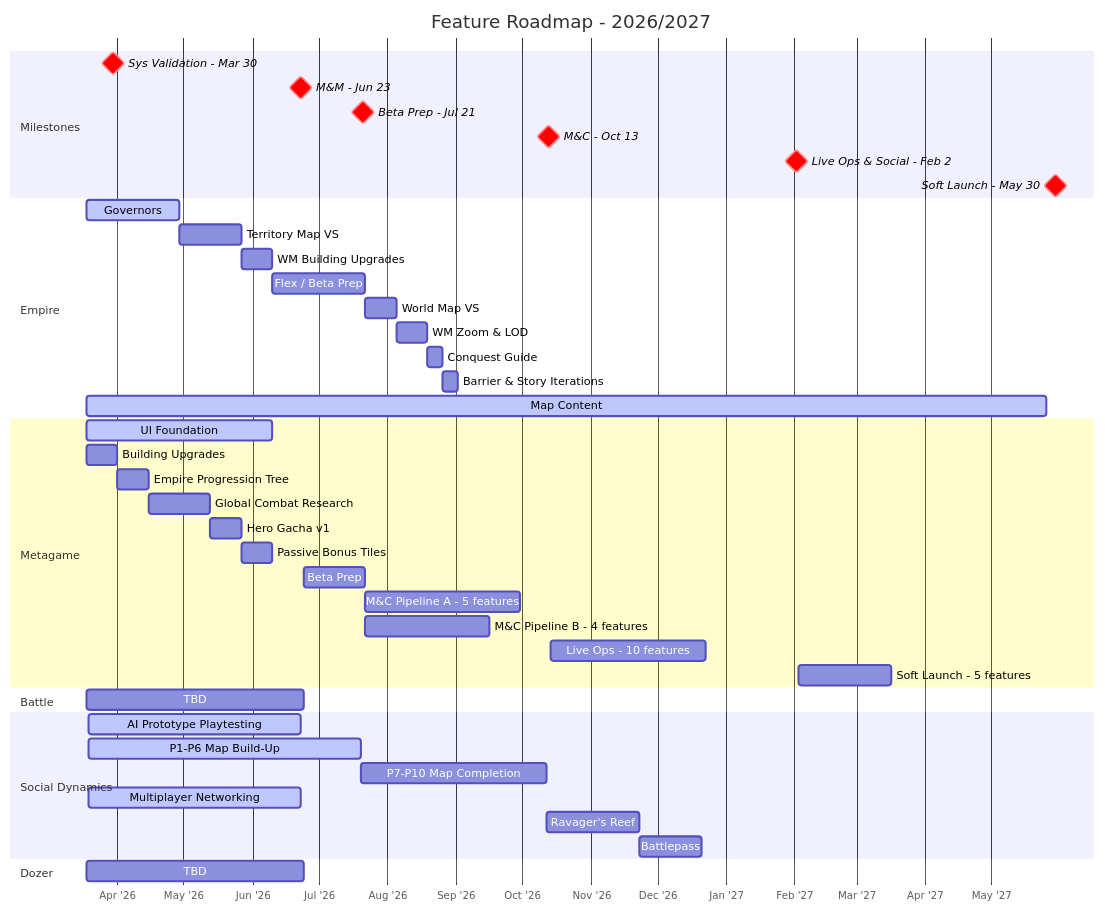
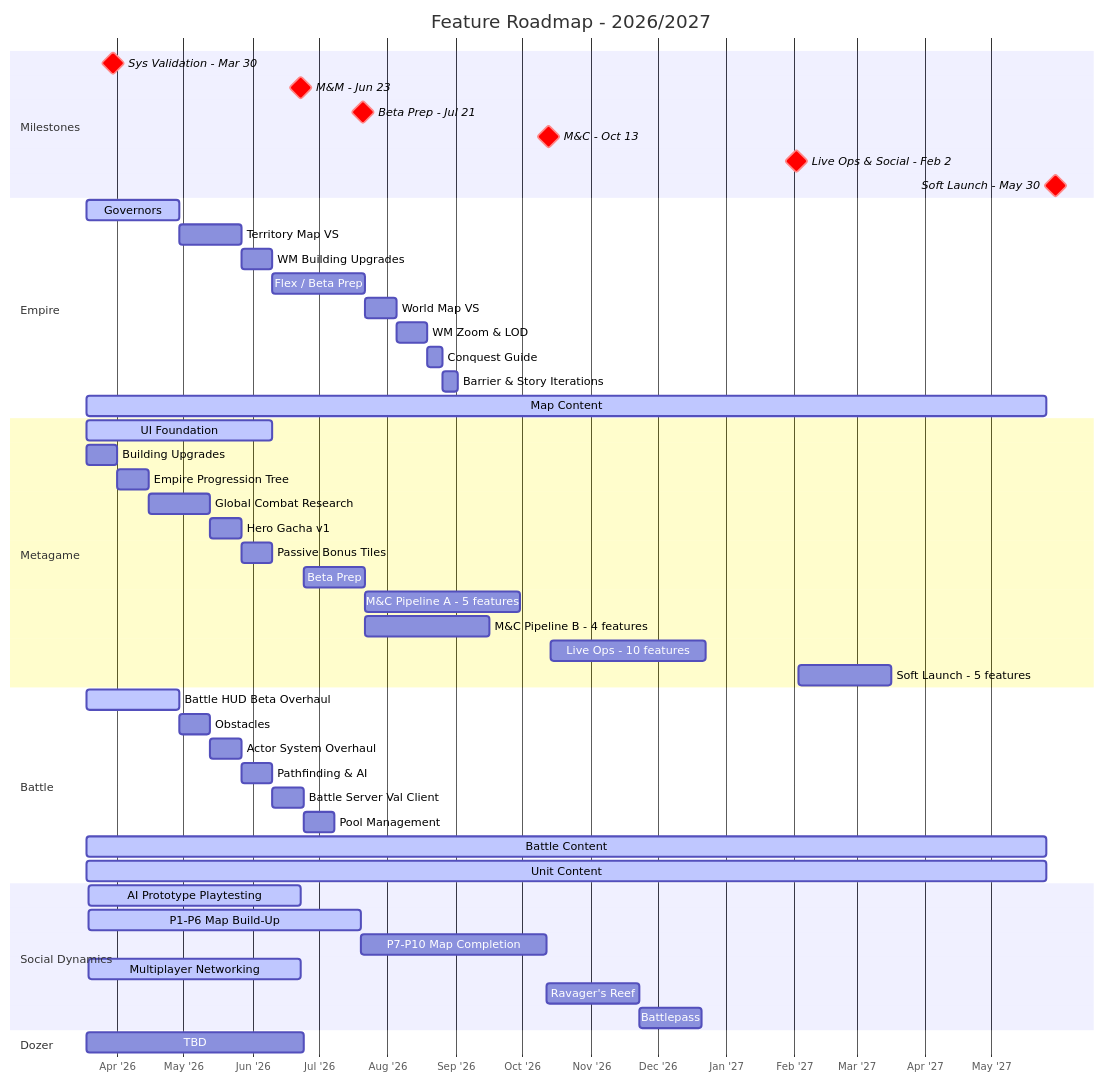
The diagram in generated/roadmap.md (timwilliams-prod/proj-chimera-documentation-brain), drawn with Mermaid before and after one commit. The commit also changed other lines of this file and 3 other files, not shown here.

````diff
--- a/generated/roadmap.md
+++ b/generated/roadmap.md
@@ -16,53 +16,60 @@
 ```mermaid
 gantt
     title Feature Roadmap - 2026/2027
     dateFormat YYYY-MM-DD
     axisFormat %b '%y
     tickInterval 1month
 
     section Milestones
     Sys Validation - Mar 30   :crit, milestone, 2026-03-30, 0d
     M&M - Jun 23              :crit, milestone, 2026-06-23, 0d
     Beta Prep - Jul 21        :crit, milestone, 2026-07-21, 0d
     M&C - Oct 13              :crit, milestone, 2026-10-13, 0d
     Live Ops & Social - Feb 2 :crit, milestone, 2027-02-02, 0d
     Soft Launch - May 30      :crit, milestone, 2027-05-30, 0d
 
     section Empire
     Governors                 :active,  emp1, 2026-03-18, 42d
     Territory Map VS          :         emp2, after emp1, 28d
     WM Building Upgrades      :         emp3, after emp2, 14d
     Flex / Beta Prep          :         emp_bp, after emp3, 42d
     World Map VS              :         emp4, after emp_bp, 14d
     WM Zoom & LOD             :         emp5, after emp4, 14d
     Conquest Guide            :         emp6, after emp5, 7d
     Barrier & Story Iterations:         emp7, after emp6, 7d
     Map Content               :active,  emp_content, 2026-03-18, 434d
 
     section Metagame
     UI Foundation              :active, meta_a, 2026-03-18, 84d
     Building Upgrades          :meta1, 2026-03-18, 14d
     Empire Progression Tree    :meta2, after meta1, 14d
     Global Combat Research     :meta3, after meta2, 28d
     Hero Gacha v1              :meta4, after meta3, 14d
     Passive Bonus Tiles        :meta5, after meta4, 14d
     Beta Prep                  :meta_bp, 2026-06-24, 28d
     M&C Pipeline A - 5 features :meta_mc1, 2026-07-22, 70d
     M&C Pipeline B - 4 features :meta_mc2, 2026-07-22, 56d
     Live Ops - 10 features     :meta_lo, 2026-10-14, 70d
     Soft Launch - 5 features   :meta_sl, 2027-02-03, 42d
 
     section Battle
-    TBD                       :         bat1, 2026-03-18, 98d
+    Battle HUD Beta Overhaul  :active,  bat1, 2026-03-18, 42d
+    Obstacles                 :         bat2, after bat1, 14d
+    Actor System Overhaul     :         bat3, after bat2, 14d
+    Pathfinding & AI          :         bat4, after bat3, 14d
+    Battle Server Val Client  :         bat5, after bat4, 14d
+    Pool Management           :         bat6, after bat5, 14d
+    Battle Content            :active,  bat_content, 2026-03-18, 434d
+    Unit Content              :active,  bat_units, 2026-03-18, 434d
 
     section Social Dynamics
     AI Prototype Playtesting   :active,  soc_ai, 2026-03-19, 2026-06-23
     P1-P6 Map Build-Up        :active,  soc1, 2026-03-19, 2026-07-20
     P7-P10 Map Completion      :         soc2, after soc1, 84d
     Multiplayer Networking     :active,  soc_net, 2026-03-19, 2026-06-23
     Ravager's Reef             :         soc_rr, after soc2, 42d
     Battlepass                 :         soc_bp, after soc_rr, 28d
 
     section Dozer
     TBD                       :         doz1, 2026-03-18, 98d
 ```
````
